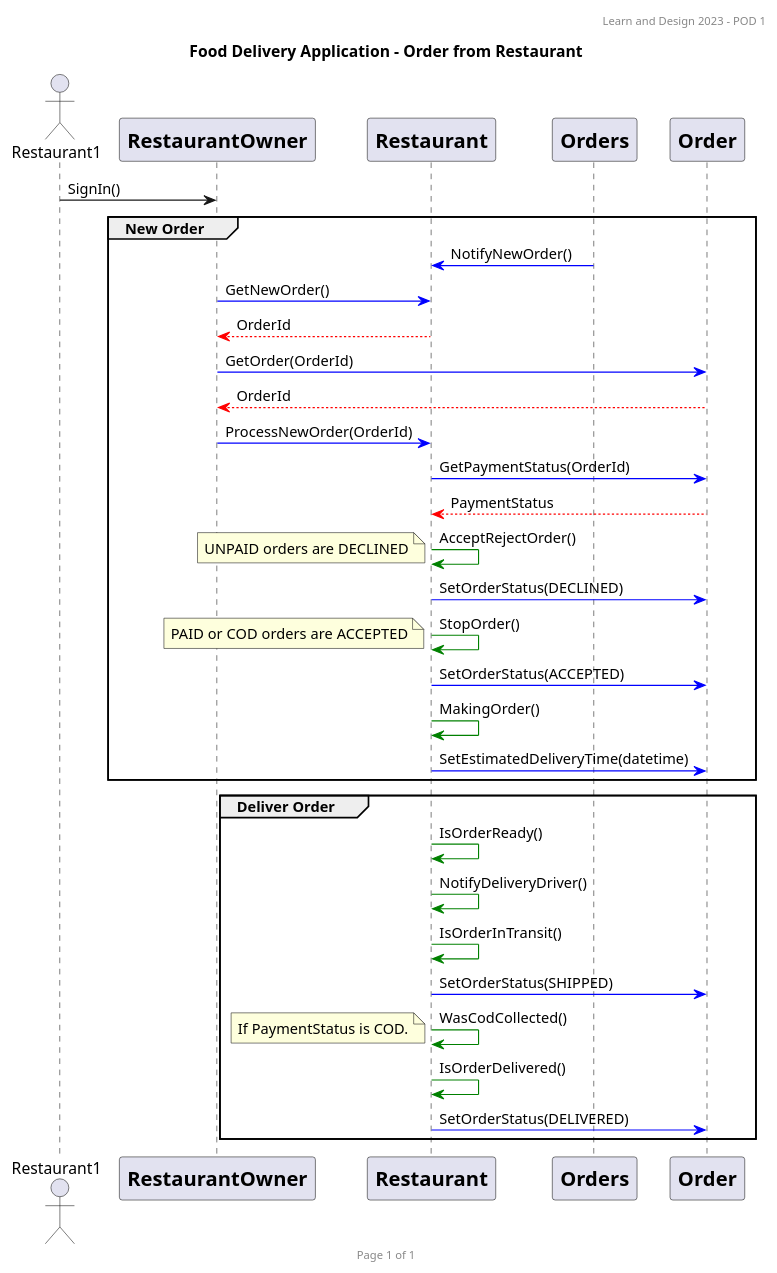
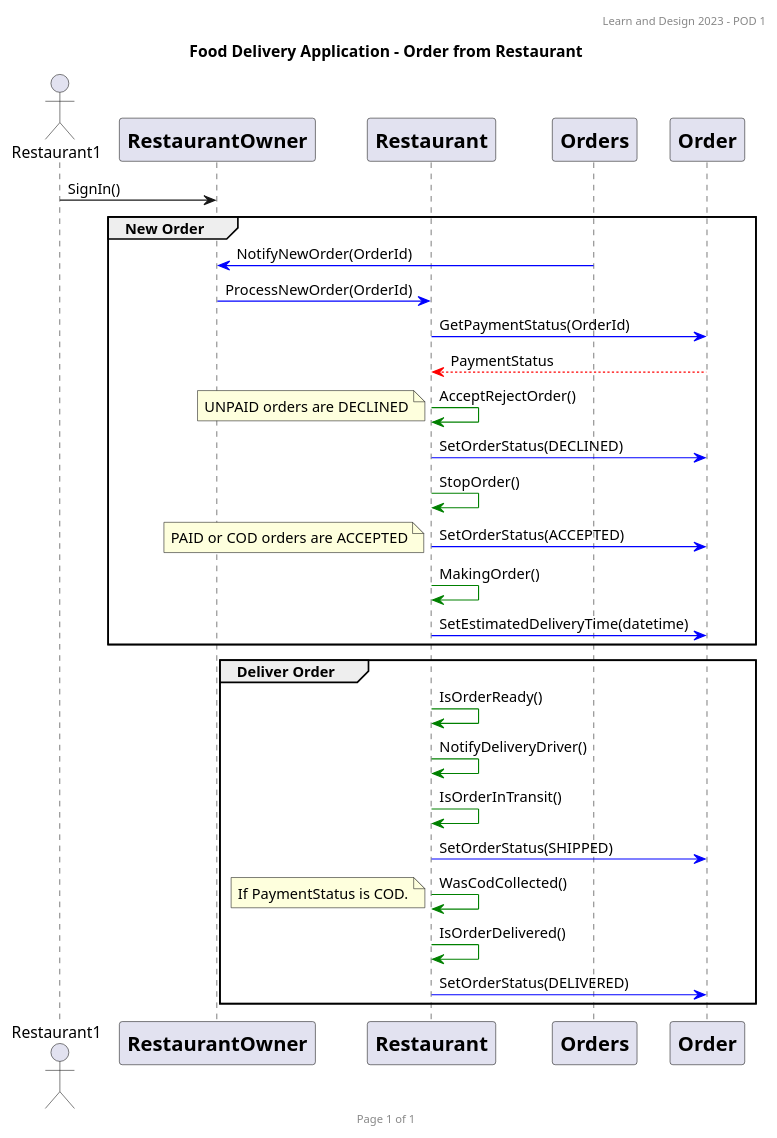
Before and after one commit to WestonDockstader/FoodDeliveryApp: the diagram in SequenceDiagram/restaurantOwner-sequence.puml, drawn with PlantUML. The commit also changed 3 other files, not shown here.

```diff
--- a/SequenceDiagram/restaurantOwner-sequence.puml
+++ b/SequenceDiagram/restaurantOwner-sequence.puml
@@ -1,61 +1,56 @@
 @startuml
 header Learn and Design 2023 - POD 1
 footer Page %page% of %lastpage%
 
 title: Food Delivery Application - Order from Restaurant
 
 actor Restaurant1
 
 participant RestaurantOwner [
     = RestaurantOwner
 ]
 
 participant Restaurant [
     = Restaurant
 ]
 
 participant Orders [
     = Orders
 ]
 
 participant Order [
     = Order
 ]
 
 Restaurant1 -> RestaurantOwner : SignIn()
     group New Order
-Orders -[#blue]> Restaurant : NotifyNewOrder()
-RestaurantOwner -[#blue]> Restaurant : GetNewOrder()
-Restaurant -[#red]-> RestaurantOwner : OrderId
-RestaurantOwner -[#blue]> Order : GetOrder(OrderId)
-Order -[#red]-> RestaurantOwner : OrderId
+Orders -[#blue]> RestaurantOwner : NotifyNewOrder(OrderId)
 RestaurantOwner -[#blue]> Restaurant : ProcessNewOrder(OrderId)
 Restaurant -[#blue]> Order : GetPaymentStatus(OrderId)
 Order -[#red]-> Restaurant : PaymentStatus
 Restaurant -[#green]> Restaurant : AcceptRejectOrder()
     note left
         UNPAID orders are DECLINED
     end note
 Restaurant -[#blue]> Order : SetOrderStatus(DECLINED)
 Restaurant -[#green]> Restaurant : StopOrder()
+Restaurant -[#blue]> Order : SetOrderStatus(ACCEPTED)
     note left
         PAID or COD orders are ACCEPTED
     end note
-Restaurant -[#blue]> Order : SetOrderStatus(ACCEPTED)
-
 Restaurant -[#green]> Restaurant : MakingOrder()
 Restaurant -[#blue]> Order : SetEstimatedDeliveryTime(datetime)
     end
     group Deliver Order
 Restaurant -[#green]> Restaurant : IsOrderReady()
 Restaurant -[#green]> Restaurant : NotifyDeliveryDriver()
 Restaurant -[#green]> Restaurant : IsOrderInTransit()
 Restaurant -[#blue]> Order : SetOrderStatus(SHIPPED)
 Restaurant -[#green]> Restaurant : WasCodCollected()
     note left
         If PaymentStatus is COD.
     end note
 Restaurant -[#green]> Restaurant : IsOrderDelivered()
 Restaurant -[#blue]> Order : SetOrderStatus(DELIVERED)
     end
 @enduml
```
